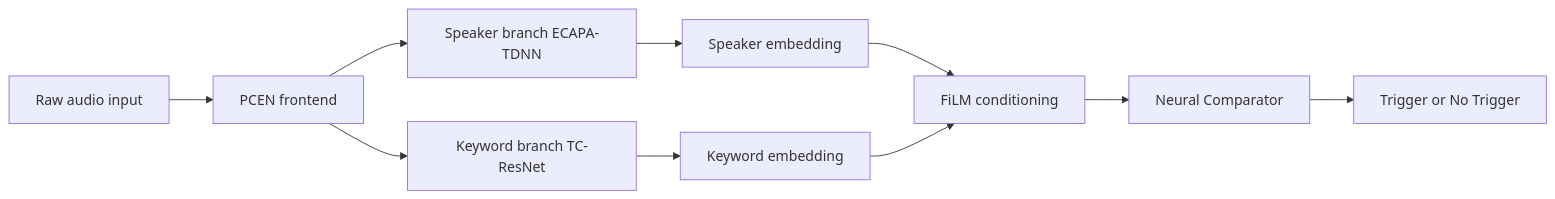
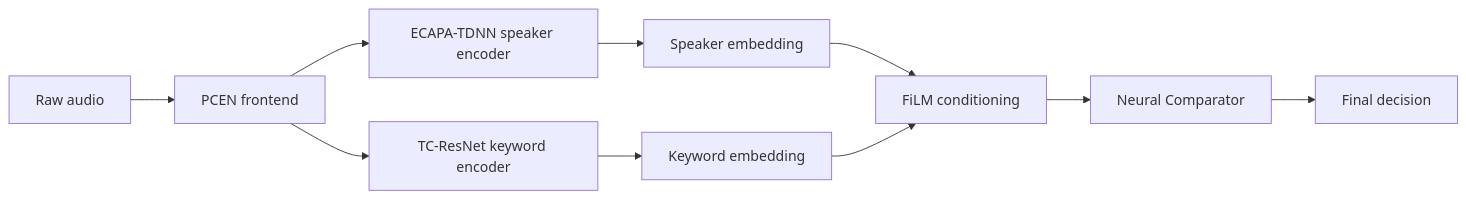
One commit to Nishchal-29/Speaker-Conditioned-Target-KWS changed the first of 2 diagrams in docs/ax.md. Above: the diagram before and after it, drawn with Mermaid. The commit also changed other lines of this file, not shown here.

First line of the commit message:
Revise document for speaker-conditioned keyword spotting

````diff
--- a/docs/ax.md
+++ b/docs/ax.md
@@ -36,15 +46,12 @@
 ```mermaid
 flowchart LR
-    A[Raw audio input] --> B[PCEN frontend]
-    B --> C1[Speaker branch ECAPA-TDNN]
-    B --> C2[Keyword branch TC-ResNet]
-
-    C1 --> D1[Speaker embedding]
-    C2 --> D2[Keyword embedding]
-
-    D1 --> E[FiLM conditioning]
-    D2 --> E
-
-    E --> F[Neural Comparator]
-    F --> G[Trigger or No Trigger]
+    A[Raw audio] --> B[PCEN frontend]
+    B --> C[ECAPA-TDNN speaker encoder]
+    B --> D[TC-ResNet keyword encoder]
+    C --> E[Speaker embedding]
+    D --> F[Keyword embedding]
+    E --> G[FiLM conditioning]
+    F --> G
+    G --> H[Neural Comparator]
+    H --> I[Final decision]
 ```
````
